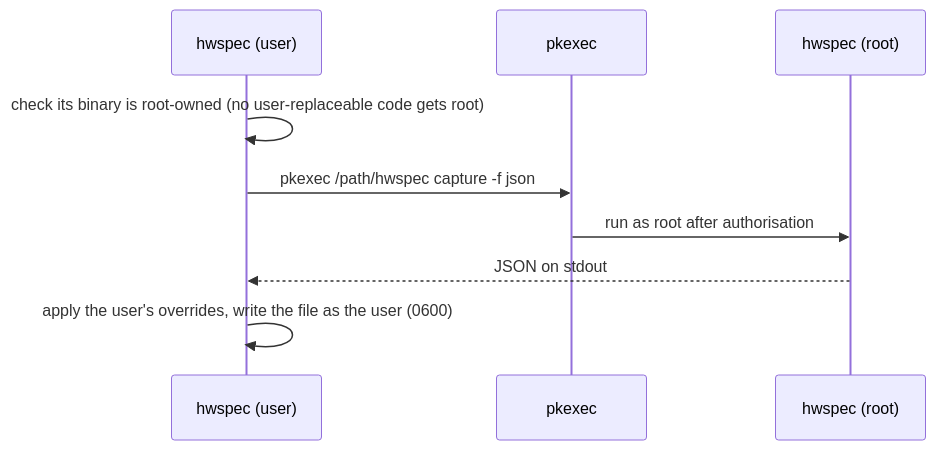
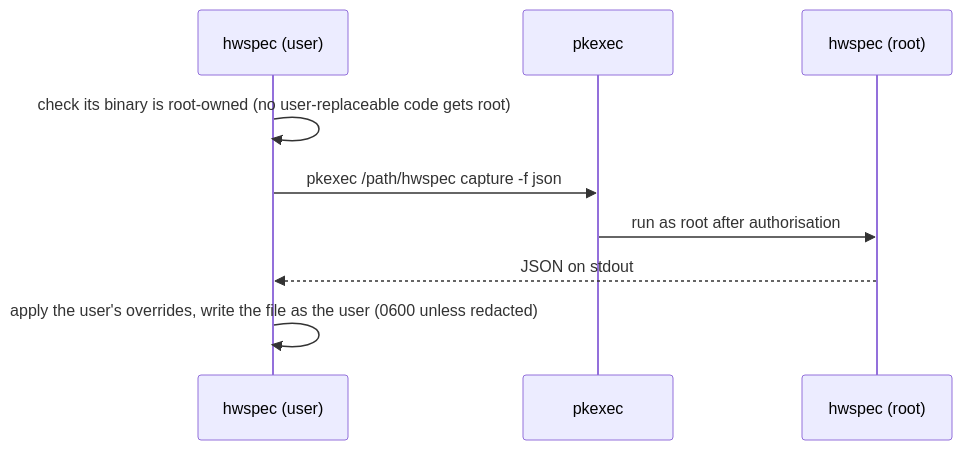
One commit to MrBeldum/hwspec changed the diagram in docs/adr/0005-privileged-rerun.md. Above: the diagram before and after it, drawn with Mermaid. The commit also changed other lines of this file and 10 other files, not shown here.

````diff
--- a/docs/adr/0005-privileged-rerun.md
+++ b/docs/adr/0005-privileged-rerun.md
@@ -18,11 +18,11 @@
 ```mermaid
 sequenceDiagram
   participant U as hwspec (user)
   participant P as pkexec
   participant R as hwspec (root)
   U->>U: check its binary is root-owned (no user-replaceable code gets root)
   U->>P: pkexec /path/hwspec capture -f json
   P->>R: run as root after authorisation
   R-->>U: JSON on stdout
-  U->>U: apply the user's overrides, write the file as the user (0600)
+  U->>U: apply the user's overrides, write the file as the user (0600 unless redacted)
 ```
````
